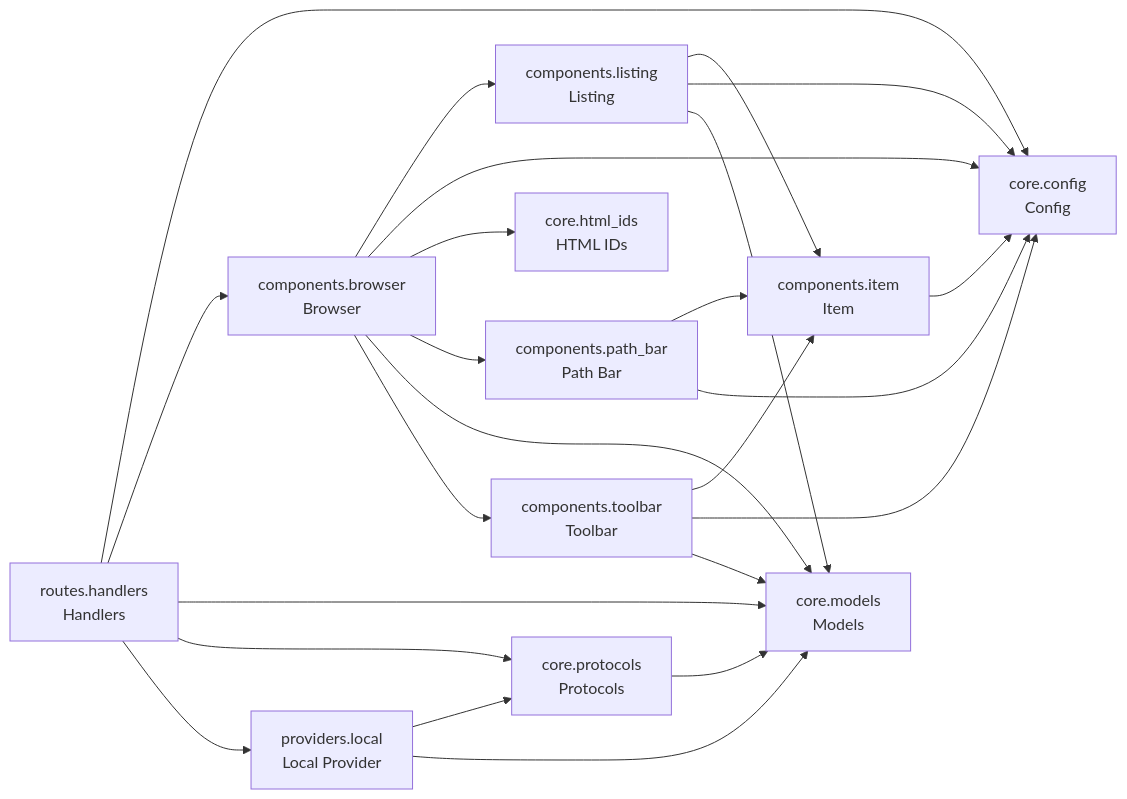
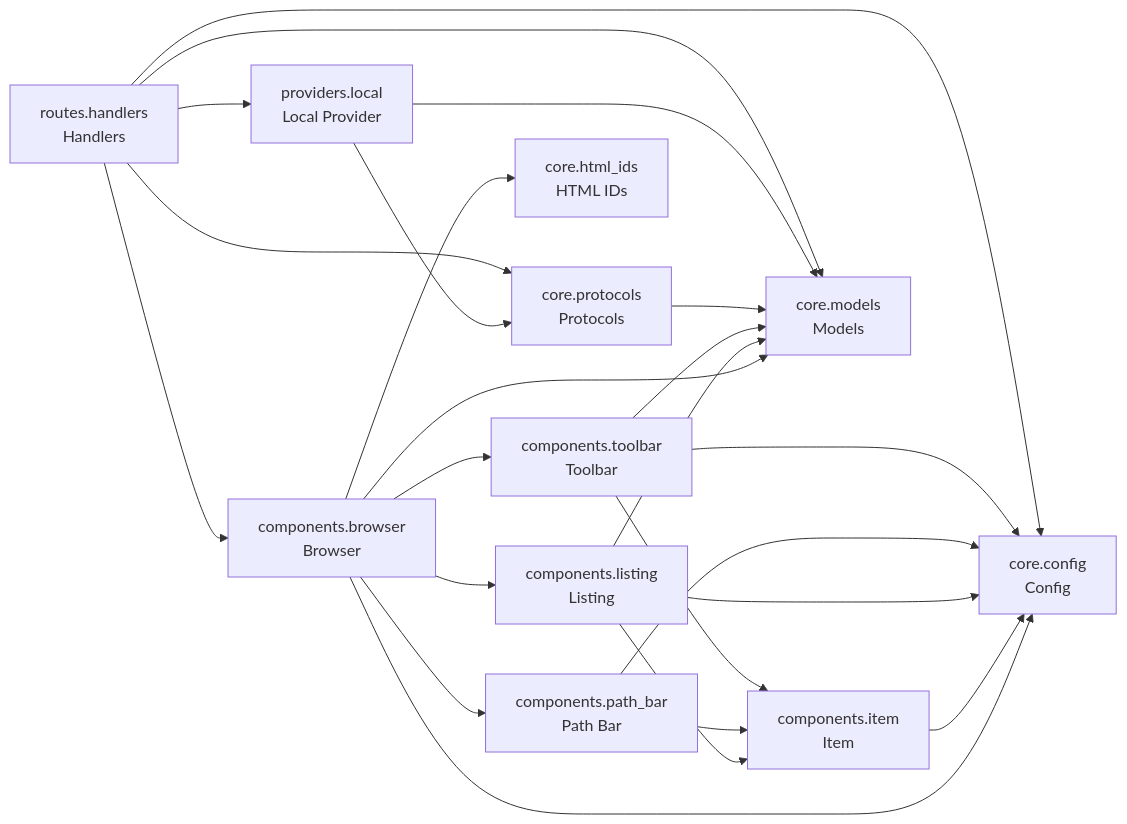
The diagram in README.md (cj-mills/cjm-fasthtml-file-browser), drawn with Mermaid before and after one commit. The commit also changed other lines of this file and 3 other files, not shown here.

````diff
--- a/README.md
+++ b/README.md
@@ -35,38 +35,38 @@
 ``` mermaid
 graph LR
     components_browser[components.browser<br/>Browser]
     components_item[components.item<br/>Item]
     components_listing[components.listing<br/>Listing]
     components_path_bar[components.path_bar<br/>Path Bar]
     components_toolbar[components.toolbar<br/>Toolbar]
     core_config[core.config<br/>Config]
     core_html_ids[core.html_ids<br/>HTML IDs]
     core_models[core.models<br/>Models]
     core_protocols[core.protocols<br/>Protocols]
     providers_local[providers.local<br/>Local Provider]
     routes_handlers[routes.handlers<br/>Handlers]
 
+    components_browser --> components_path_bar
     components_browser --> components_listing
+    components_browser --> core_html_ids
     components_browser --> core_config
-    components_browser --> core_html_ids
-    components_browser --> components_path_bar
     components_browser --> core_models
     components_browser --> components_toolbar
     components_item --> core_config
-    components_listing --> components_item
     components_listing --> core_config
     components_listing --> core_models
+    components_listing --> components_item
+    components_path_bar --> core_config
     components_path_bar --> components_item
-    components_path_bar --> core_config
-    components_toolbar --> components_item
     components_toolbar --> core_config
     components_toolbar --> core_models
+    components_toolbar --> components_item
     core_protocols --> core_models
     providers_local --> core_protocols
     providers_local --> core_models
+    routes_handlers --> core_protocols
     routes_handlers --> core_config
+    routes_handlers --> core_models
     routes_handlers --> components_browser
-    routes_handlers --> core_models
-    routes_handlers --> core_protocols
     routes_handlers --> providers_local
 ```
````
